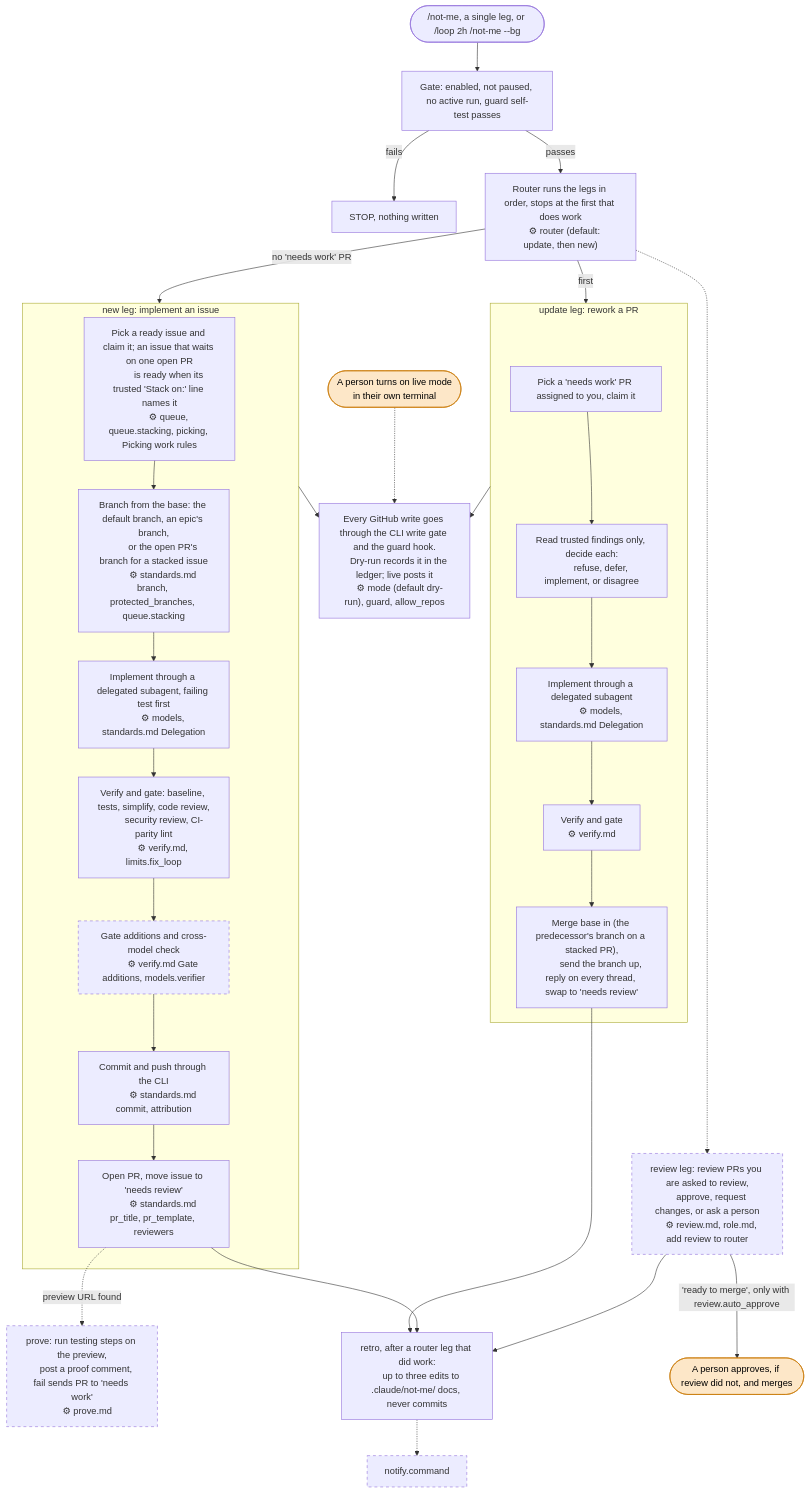
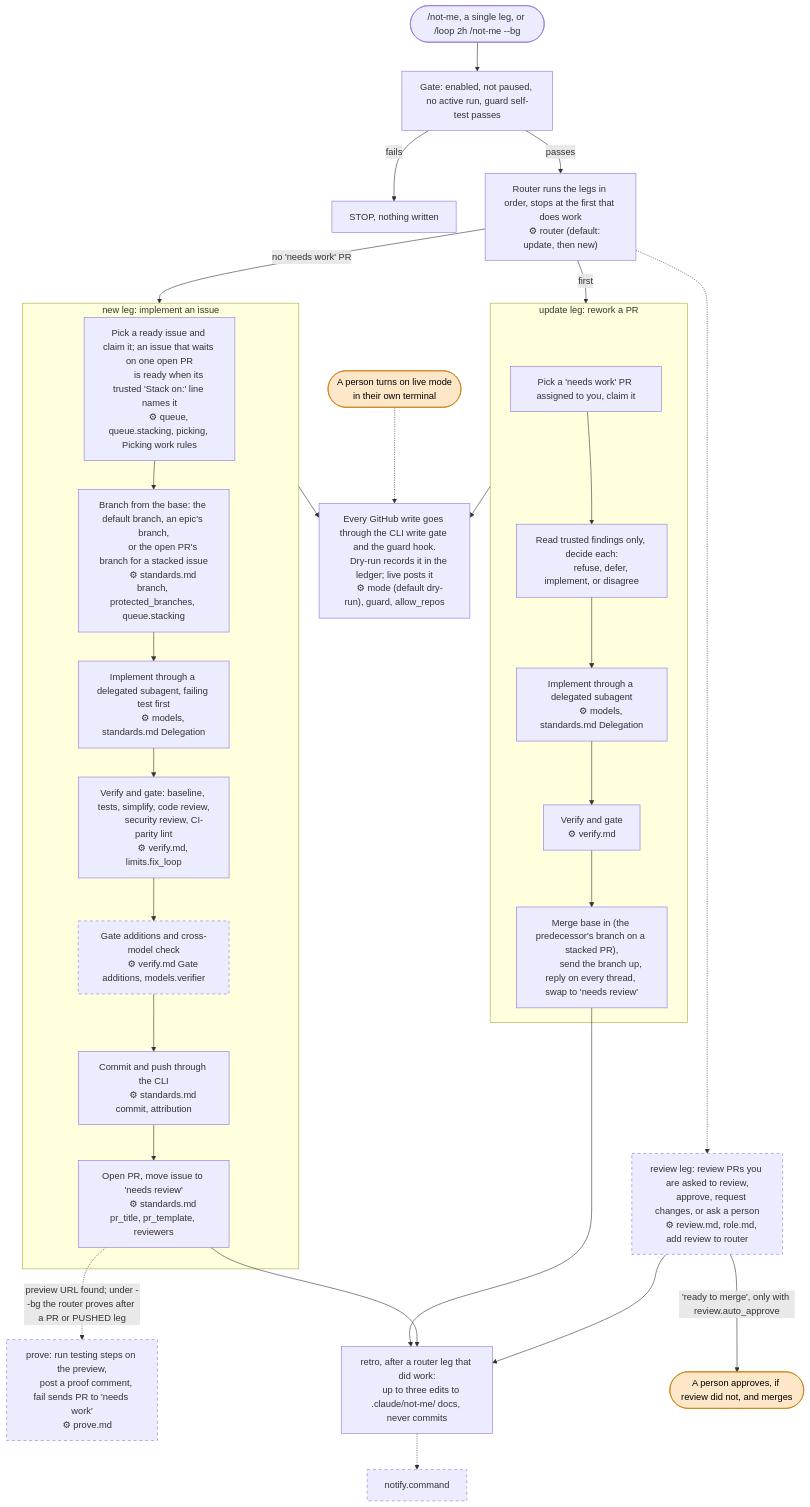
One commit to dblanken-yale/not-me changed the diagram in README.md. Above: the diagram before and after it, drawn with Mermaid. The commit also changed 7 other files, not shown here.

First line of the commit message:
feat(90): router proves after a --bg leg that opened or pushed a PR

````diff
--- a/README.md
+++ b/README.md
@@ -42,81 +42,81 @@
 ```mermaid
 flowchart TD
     trigger(["/not-me, a single leg, or /loop 2h /not-me --bg"])
     gate["Gate: enabled, not paused, no active run, guard self-test passes"]
     stopped["STOP, nothing written"]
     router["Router runs the legs in order, stops at the first that does work
     ⚙ router (default: update, then new)"]
 
     trigger --> gate
     gate -- fails --> stopped
     gate -- passes --> router
 
     subgraph update ["update leg: rework a PR"]
         u1["Pick a 'needs work' PR assigned to you, claim it"]
         u2["Read trusted findings only, decide each:
         refuse, defer, implement, or disagree"]
         u3["Implement through a delegated subagent
         ⚙ models, standards.md Delegation"]
         u4["Verify and gate
         ⚙ verify.md"]
         u5["Merge base in (the predecessor's branch on a stacked PR),
         send the branch up, reply on every thread, swap to 'needs review'"]
         u1 --> u2 --> u3 --> u4 --> u5
     end
 
     subgraph new ["new leg: implement an issue"]
         n1["Pick a ready issue and claim it; an issue that waits on one open PR
         is ready when its trusted 'Stack on:' line names it
         ⚙ queue, queue.stacking, picking, Picking work rules"]
         n2["Branch from the base: the default branch, an epic's branch,
         or the open PR's branch for a stacked issue
         ⚙ standards.md branch, protected_branches, queue.stacking"]
         n3["Implement through a delegated subagent, failing test first
         ⚙ models, standards.md Delegation"]
         n4["Verify and gate: baseline, tests, simplify, code review,
         security review, CI-parity lint
         ⚙ verify.md, limits.fix_loop"]
         n4b["Gate additions and cross-model check
         ⚙ verify.md Gate additions, models.verifier"]
         n5["Commit and push through the CLI
         ⚙ standards.md commit, attribution"]
         n6["Open PR, move issue to 'needs review'
         ⚙ standards.md pr_title, pr_template, reviewers"]
         n1 --> n2 --> n3 --> n4 --> n4b --> n5 --> n6
     end
 
     router -- "first" --> update
     router -- "no 'needs work' PR" --> new
 
     review["review leg: review PRs you are asked to review,
     approve, request changes, or ask a person
     ⚙ review.md, role.md, add review to router"]
     prove["prove: run testing steps on the preview,
     post a proof comment, fail sends PR to 'needs work'
     ⚙ prove.md"]
     retro["retro, after a router leg that did work:
     up to three edits to .claude/not-me/ docs, never commits"]
     notify["notify.command"]
     writes["Every GitHub write goes through the CLI write gate and the guard hook.
     Dry-run records it in the ledger; live posts it
     ⚙ mode (default dry-run), guard, allow_repos"]
     live(["A person turns on live mode
     in their own terminal"])
     merge(["A person approves, if review did not, and merges"])
 
     router -.-> review
-    n6 -. "preview URL found" .-> prove
+    n6 -. "preview URL found; under --bg the router proves after a PR or PUSHED leg" .-> prove
     u5 --> retro
     n6 --> retro
     review --> retro
     retro -.-> notify
     update --> writes
     new --> writes
     live -.-> writes
     review -- "'ready to merge', only with review.auto_approve" --> merge
 
     classDef optional stroke-dasharray: 5 5
     classDef person fill:#fde7c8,stroke:#c77700,color:#000
     class review,prove,notify,n4b optional
     class live,merge person
 ```
````
